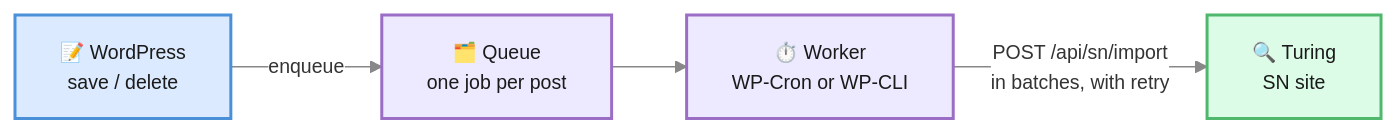
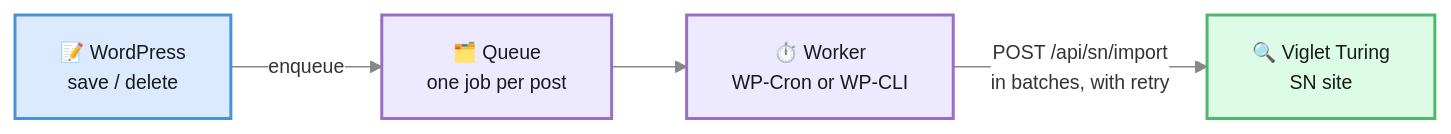
The diagram in frontend/apps/docs/src/content/docs/integrations/wordpress/index.md (openviglet/turing), drawn with Mermaid before and after one commit. The commit also changed other lines of this file and 69 other files, not shown here.

````diff
--- a/frontend/apps/docs/src/content/docs/integrations/wordpress/index.md
+++ b/frontend/apps/docs/src/content/docs/integrations/wordpress/index.md
@@ -119,20 +119,20 @@
 ```mermaid
 %%{init: {'theme': 'base', 'themeVariables': {'fontSize': '13px', 'primaryColor': '#fff', 'primaryBorderColor': '#c0c0c0', 'lineColor': '#888', 'textColor': '#333'}}}%%
 graph LR
     WP["📝 WordPress<br/>save / delete"]
     Q["🗂️ Queue<br/>one job per post"]
     W["⏱️ Worker<br/>WP-Cron or WP-CLI"]
-    TUR["🔍 Turing<br/>SN site"]
+    TUR["🔍 Viglet Turing<br/>SN site"]
 
     WP -->|"enqueue"| Q
     Q --> W
     W -->|"POST /api/sn/import<br/>in batches, with retry"| TUR
 
     classDef blue fill:#dbeafe,stroke:#4A90D9,stroke-width:2px,color:#1a1a1a
     classDef purple fill:#ede9fe,stroke:#9B6EC5,stroke-width:2px,color:#1a1a1a
     classDef green fill:#dcfce7,stroke:#50B86C,stroke-width:2px,color:#1a1a1a
 
     class WP blue
     class Q,W purple
     class TUR green
 ```
````
